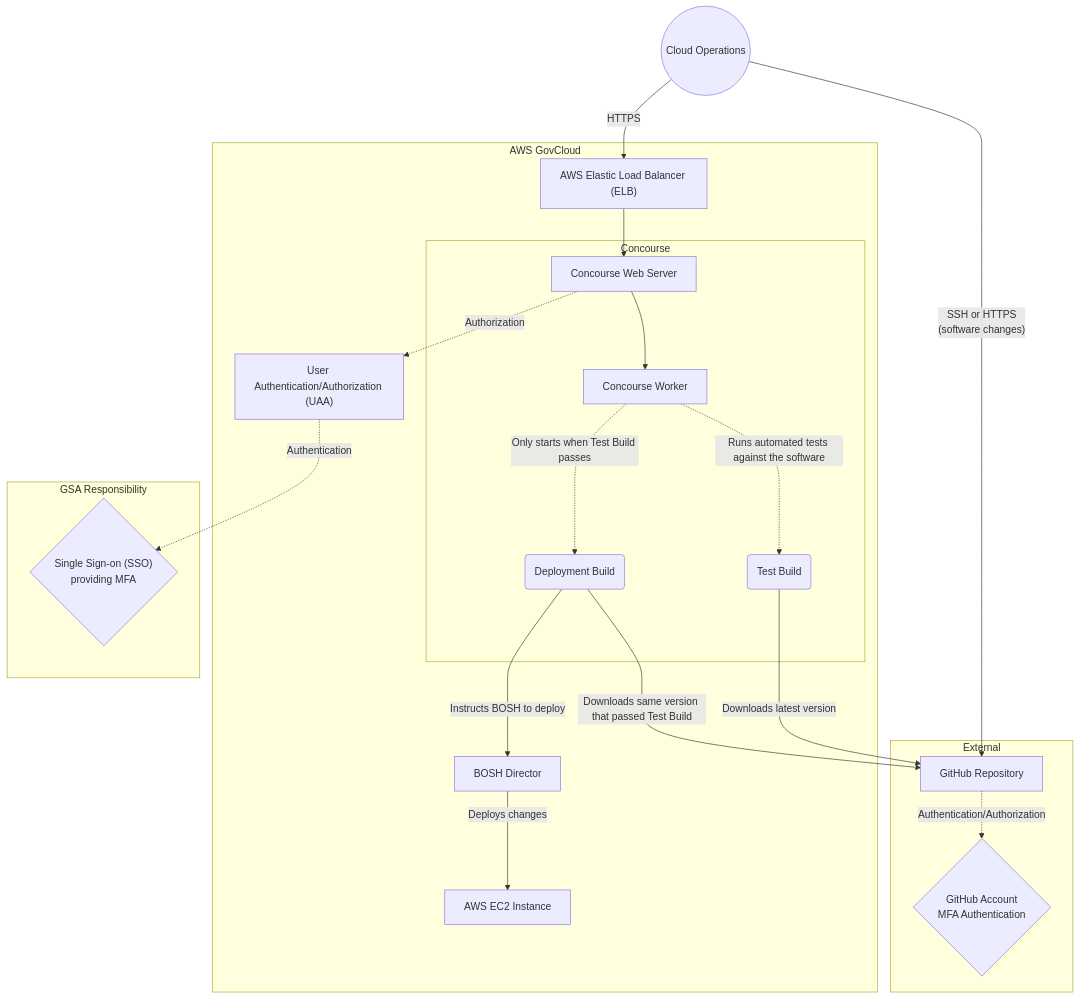
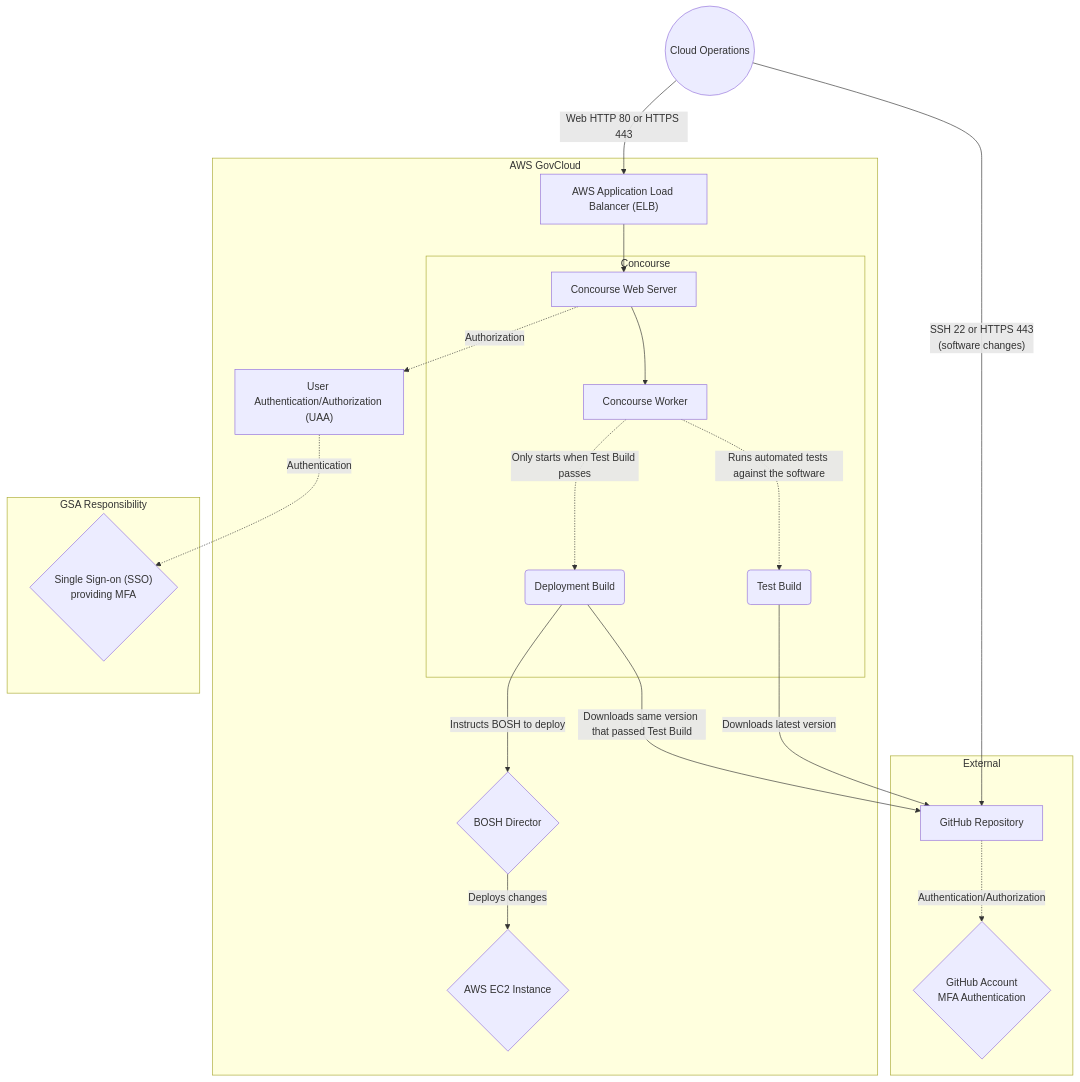
The diagram in source/diagrams/10-4.4-software-deployment.mmd (cloud-gov/system-diagrams), drawn with Mermaid before and after one commit.

Commit message:
CSSS-44 update deployment diagram

```diff
--- a/source/diagrams/10-4.4-software-deployment.mmd
+++ b/source/diagrams/10-4.4-software-deployment.mmd
@@ -1,37 +1,37 @@
 %% title: 10-4.4 Software Deployment Data Flow
 %% description: Section 10 - System Environment - Figure 10-4.3 Software Deployment Data Flow
 graph TD
   subgraph AWS GovCloud
     subgraph Concourse
       web["Concourse Web Server"]
       worker["Concourse Worker"]
       test-job("Test Build")
       deploy-job("Deployment Build")
     end
-    elb["AWS Elastic Load Balancer (ELB)"]
+    alb["AWS Application Load Balancer (ELB)"]
     UAA["User Authentication/Authorization (UAA)"]
-    bosh["BOSH Director"]
-    ec2["AWS EC2 Instance"]
+    bosh{"BOSH Director"}
+    ec2{"AWS EC2 Instance"}
   end
   subgraph External
     github["GitHub Repository"]
     github-auth{"GitHub Account<br>MFA Authentication"}
   end
   subgraph GSA Responsibility
     SAML{"Single Sign-on (SSO)<br>providing MFA"}
   end
   Ops((Cloud Operations))
 
-  Ops--"SSH or HTTPS<br>(software changes)"-->github
-  Ops--HTTPS-->elb
-  elb-->web
+  Ops--"SSH 22 or HTTPS 443<br>(software changes)"-->github
+  Ops--Web HTTP 80 or HTTPS 443-->alb
+  alb-->web
   web-->worker
   web-.Authorization.->UAA
   UAA-.Authentication.->SAML
   github-."Authentication/Authorization".->github-auth
   worker-.Runs automated tests against the software.->test-job
   worker-."Only starts when Test Build passes".->deploy-job
   test-job--Downloads latest version-->github
   deploy-job--Downloads same version that passed Test Build-->github
   deploy-job--Instructs BOSH to deploy-->bosh
   bosh--Deploys changes-->ec2
```
